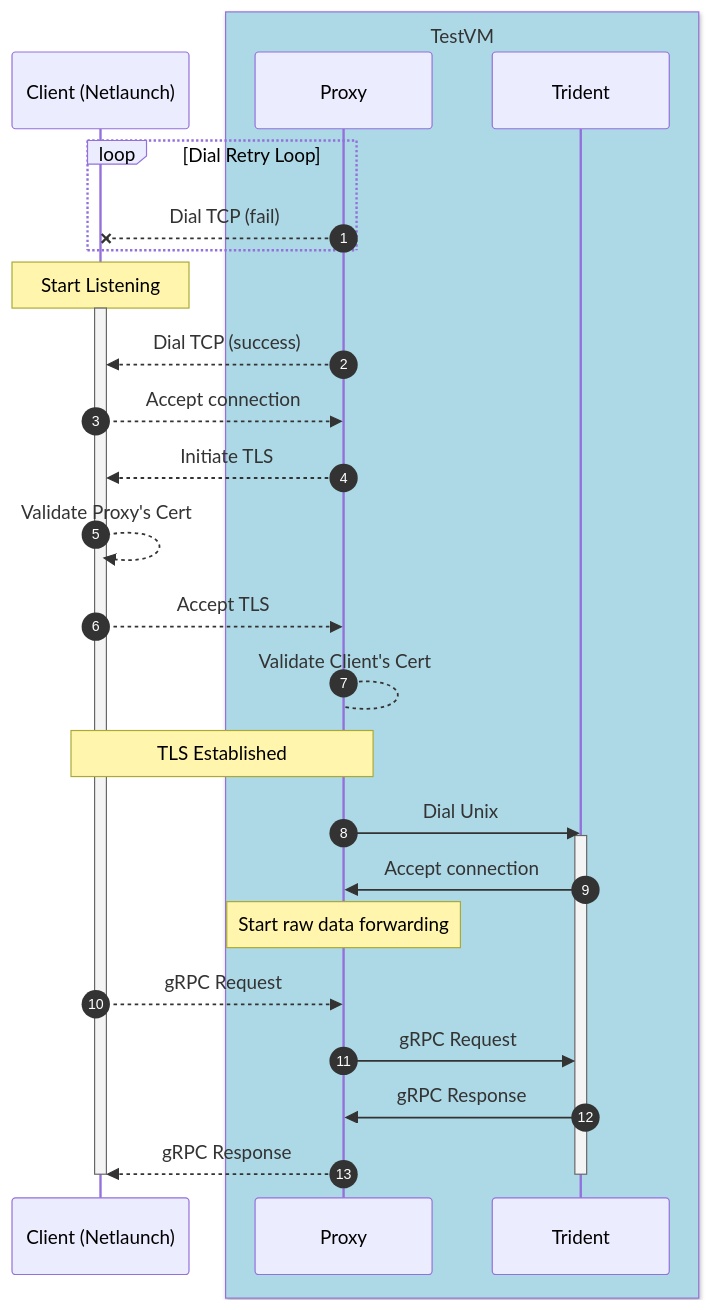
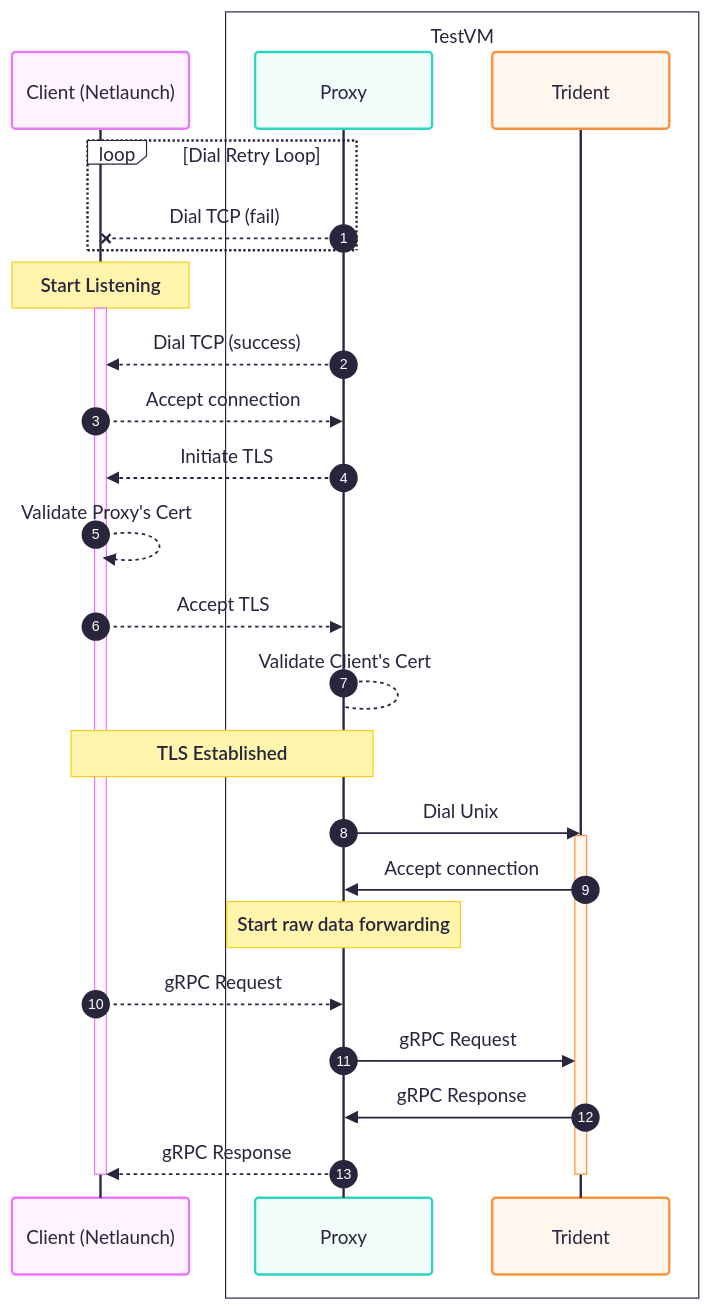
One commit to microsoft/trident changed the fourth of 4 diagrams in docs/Development/RFCs/0379-grpc-api.md. Above: the diagram before and after it, drawn with Mermaid. The commit also changed other lines of this file and 2 other files, not shown here.

````diff
--- a/docs/Development/RFCs/0379-grpc-api.md
+++ b/docs/Development/RFCs/0379-grpc-api.md
@@ -298,31 +481,35 @@
 ```mermaid
+---
+config:
+  theme: redux-color
+---
 sequenceDiagram
     autonumber
     participant Client as Client (Netlaunch)
-    box lightblue TestVM
+    box TestVM
         participant Proxy
         participant Trident
     end
     loop Dial Retry Loop
         Proxy --x Client: Dial TCP (fail)
     end
     note over Client: Start Listening
     activate Client
     Proxy-->>Client: Dial TCP (success)
     Client-->>Proxy: Accept connection
     Proxy-->>Client: Initiate TLS
     Client-->>Client: Validate Proxy's Cert
     Client-->>Proxy: Accept TLS
     Proxy-->Proxy: Validate Client's Cert
     note over Client,Proxy: TLS Established
     Proxy->>Trident: Dial Unix
     activate Trident
     Trident->>Proxy: Accept connection
     note over Proxy: Start raw data forwarding
     Client-->>Proxy: gRPC Request
     Proxy->>Trident: gRPC Request
     Trident->>Proxy: gRPC Response
     Proxy-->>Client: gRPC Response
     deactivate Trident
     deactivate Client
 ```
````
